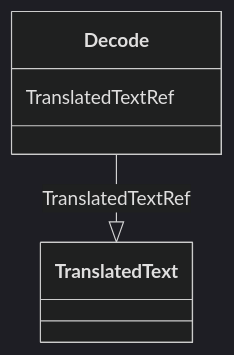
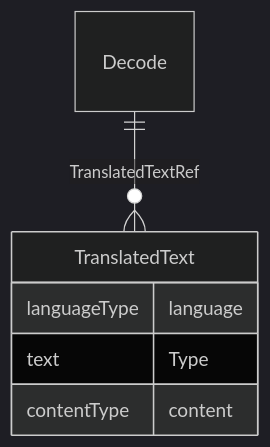
Before and after one commit to cdisc-org/DataExchange-ODM-LinkML: the diagram in docs/Decode.md, drawn with Mermaid (dark theme). The commit also changed other lines of this file and 181 other files, not shown here.

Commit message:
ER diagrams working via templates and removing names with underscores

````diff
--- a/docs/Decode.md
+++ b/docs/Decode.md
@@ -14,9 +11,14 @@
 ```mermaid
- classDiagram
-    class Decode
-      Decode : TranslatedTextRef
-        
-          Decode --|> TranslatedText : TranslatedTextRef
-        
-      
+erDiagram
+Decode {
+
+}
+TranslatedText {
+    languageType language  
+    text Type  
+    contentType content  
+}
+
+Decode ||--}o TranslatedText : "TranslatedTextRef"
+
 ```
````
